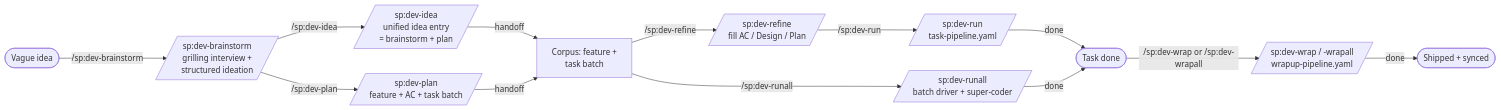
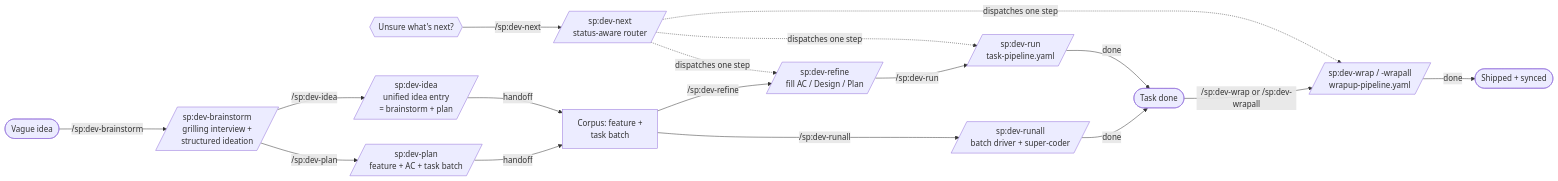
Before and after one commit to gobing-ai/spur: the diagram in docs/help/how_to_use_dev_slash_commands_for_daily_software_development.md, drawn with Mermaid. The commit also changed other lines of this file and 1 other file, not shown here.

````diff
--- a/docs/help/how_to_use_dev_slash_commands_for_daily_software_development.md
+++ b/docs/help/how_to_use_dev_slash_commands_for_daily_software_development.md
@@ -23,15 +23,19 @@
 ```mermaid
 flowchart LR
+  Q{{Unsure what's next?}} -->|/sp:dev-next| NX[/sp:dev-next<br/>status-aware router/]
+  NX -.->|dispatches one step| R
+  NX -.->|dispatches one step| X
+  NX -.->|dispatches one step| W
   IDEA([Vague idea]) -->|/sp:dev-brainstorm| B[/sp:dev-brainstorm<br/>grilling interview +<br/>structured ideation/]
   B -->|/sp:dev-plan| P[/sp:dev-plan<br/>feature + AC + task batch/]
   B -->|/sp:dev-idea| I[/sp:dev-idea<br/>unified idea entry<br/>= brainstorm + plan/]
   I -->|handoff| CB[Corpus: feature +<br/>task batch]
   P -->|handoff| CB
   CB -->|/sp:dev-refine| R[/sp:dev-refine<br/>fill AC / Design / Plan/]
   R -->|/sp:dev-run| X[/sp:dev-run<br/>task-pipeline.yaml/]
   CB -->|/sp:dev-runall| XA[/sp:dev-runall<br/>batch driver + super-coder/]
   X -->|done| D([Task done])
   XA -->|done| D
   D -->|/sp:dev-wrap or /sp:dev-wrapall| W[/sp:dev-wrap / -wrapall<br/>wrapup-pipeline.yaml/]
   W -->|done| S([Shipped + synced])
 ```
````
